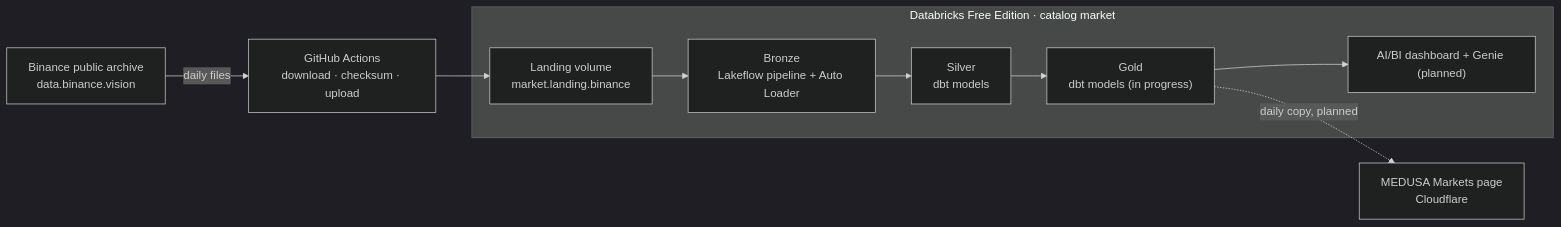
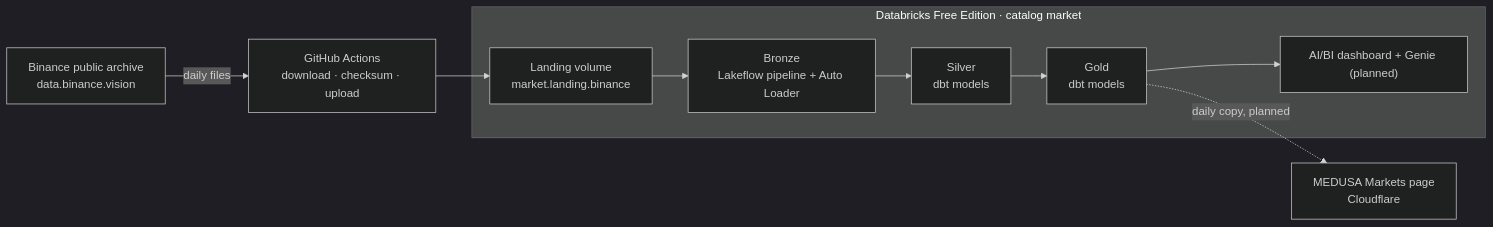
One commit to shivam65-sketch/medusa changed the diagram in lakehouse/README.md. Above: the diagram before and after it, drawn with Mermaid (dark theme). The commit also changed other lines of this file and 5 other files, not shown here.

Commit message:
Docs: step 17 (daily chain), ADR-017, architecture diagrams for the Confluence space

````diff
--- a/lakehouse/README.md
+++ b/lakehouse/README.md
@@ -12,12 +12,12 @@
 ```mermaid
 flowchart LR
   A["Binance public archive<br>data.binance.vision"] -->|daily files| B["GitHub Actions<br>download · checksum · upload"]
   B --> C["Landing volume<br>market.landing.binance"]
   subgraph D["Databricks Free Edition · catalog market"]
     C --> E["Bronze<br>Lakeflow pipeline + Auto Loader"]
     E --> F["Silver<br>dbt models"]
-    F --> G["Gold<br>dbt models (in progress)"]
+    F --> G["Gold<br>dbt models"]
     G --> H["AI/BI dashboard + Genie (planned)"]
   end
   G -.->|daily copy, planned| I["MEDUSA Markets page<br>Cloudflare"]
 ```
````
